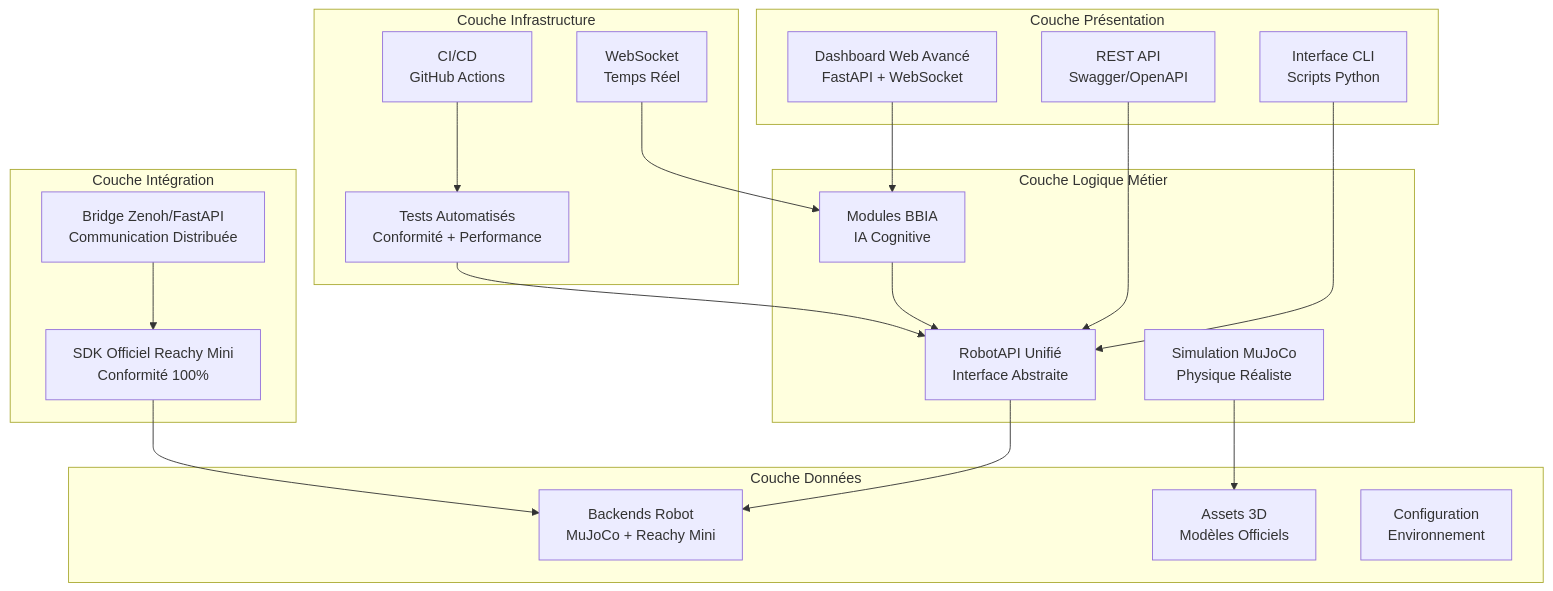
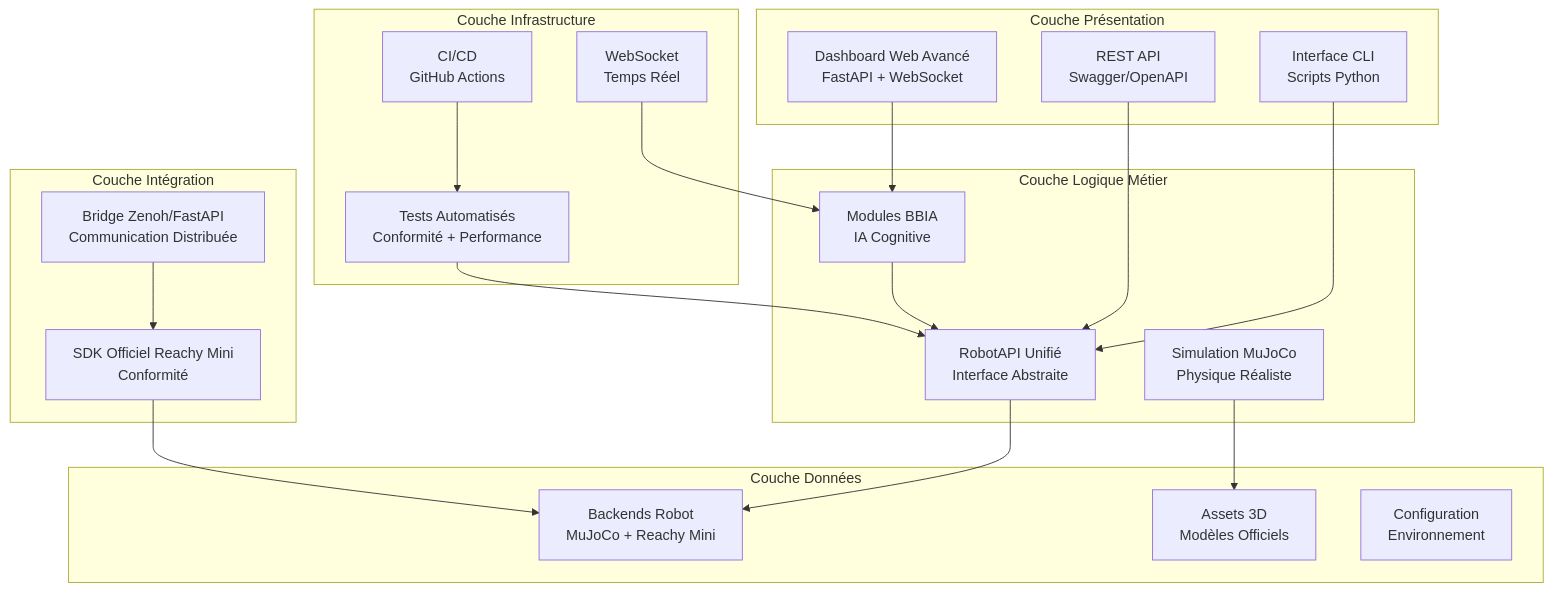
The first of 3 diagrams in docs/architecture/ARCHITECTURE_OVERVIEW.md (arkalia-luna-system/bbia-sim), drawn with Mermaid before and after one commit. The commit also changed other lines of this file and 1 other file, not shown here.

Commit message:
docs(architecture): aligner le ton (suppression 100%, formulations factuelles)

````diff
--- a/docs/architecture/ARCHITECTURE_OVERVIEW.md
+++ b/docs/architecture/ARCHITECTURE_OVERVIEW.md
@@ -33,46 +33,46 @@
 ```mermaid
 graph TB
     subgraph "Couche Présentation"
         WEB[Dashboard Web Avancé<br/>FastAPI + WebSocket]
         CLI[Interface CLI<br/>Scripts Python]
         API[REST API<br/>Swagger/OpenAPI]
     end
     
     subgraph "Couche Logique Métier"
         BBIA[Modules BBIA<br/>IA Cognitive]
         ROBOT[RobotAPI Unifié<br/>Interface Abstraite]
         SIM[Simulation MuJoCo<br/>Physique Réaliste]
     end
     
     subgraph "Couche Intégration"
         BRIDGE[Bridge Zenoh/FastAPI<br/>Communication Distribuée]
-        SDK[SDK Officiel Reachy Mini<br/>Conformité 100%]
+        SDK[SDK Officiel Reachy Mini<br/>Conformité]
     end
     
     subgraph "Couche Données"
         BACKENDS[Backends Robot<br/>MuJoCo + Reachy Mini]
         ASSETS[Assets 3D<br/>Modèles Officiels]
         CONFIG[Configuration<br/>Environnement]
     end
     
     subgraph "Couche Infrastructure"
         WS[WebSocket<br/>Temps Réel]
         CI[CI/CD<br/>GitHub Actions]
         TESTS[Tests Automatisés<br/>Conformité + Performance]
     end
     
     WEB --> BBIA
     CLI --> ROBOT
     API --> ROBOT
     
     BBIA --> ROBOT
     ROBOT --> BACKENDS
     SIM --> ASSETS
     
     BRIDGE --> SDK
     SDK --> BACKENDS
     
     WS --> BBIA
     CI --> TESTS
     TESTS --> ROBOT
 ```
````
